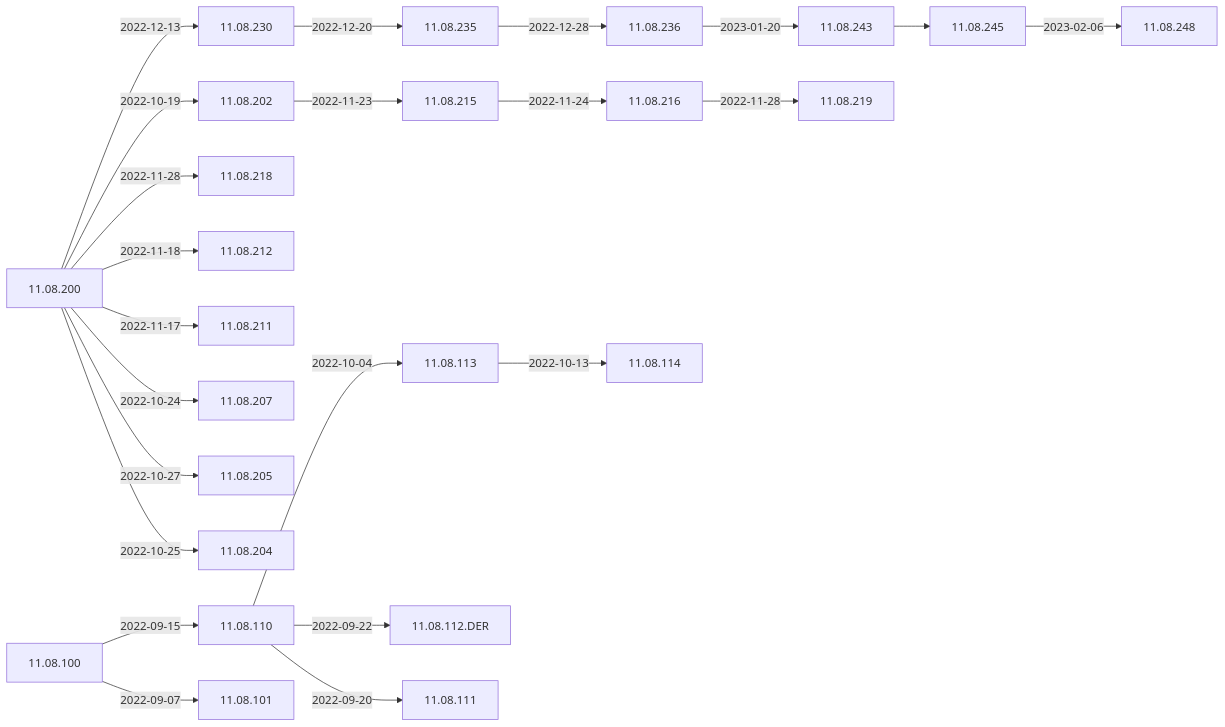
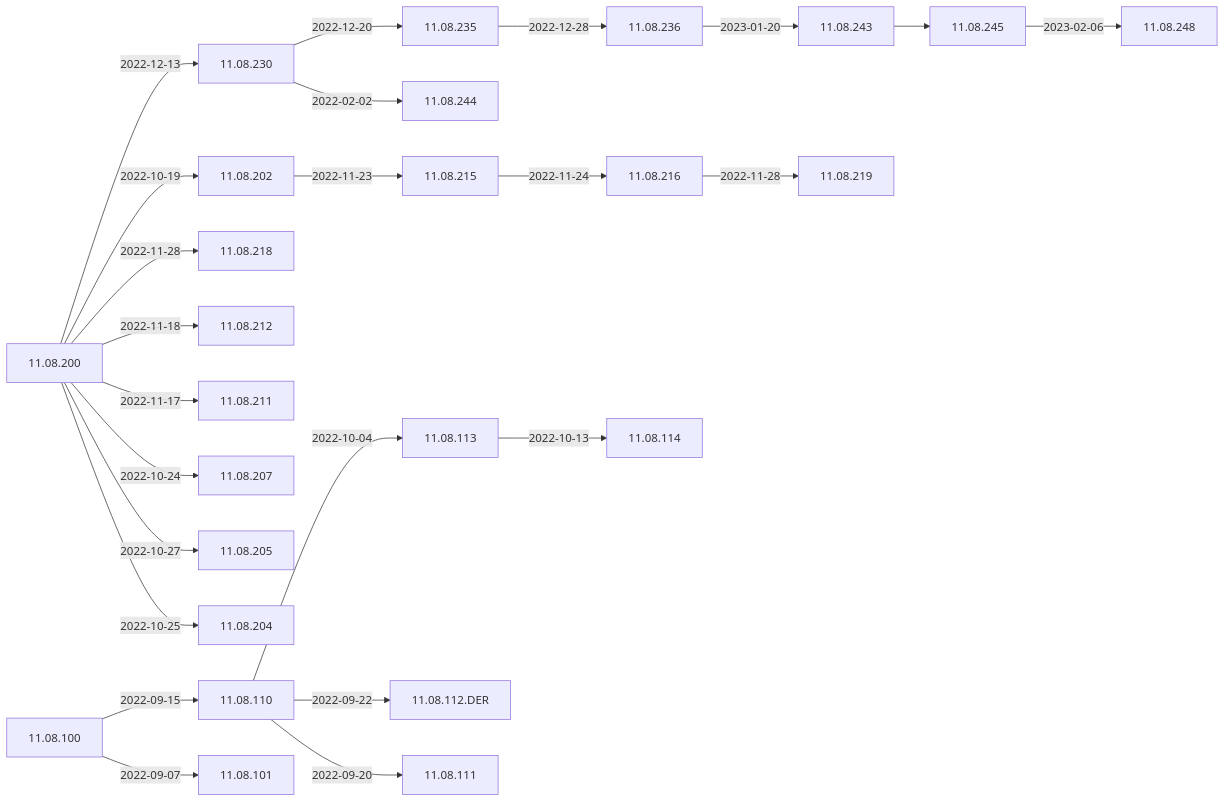
The first of 3 diagrams in Docs/ReleaseNotes/01-OS11/README.md (woydziak/IGEL-Docs), drawn with Mermaid before and after one commit.

````diff
--- a/Docs/ReleaseNotes/01-OS11/README.md
+++ b/Docs/ReleaseNotes/01-OS11/README.md
@@ -9,31 +9,33 @@
 ```mermaid
 flowchart LR
     11.08.200-- 2022-12-13 -->11.08.230-- 2022-12-20 -->11.08.235-- 2022-12-28 -->11.08.236-- 2023-01-20 -->11.08.243-->11.08.245-- 2023-02-06 -->11.08.248
+    11.08.230-- 2022-02-02 -->11.08.244
     11.08.200-- 2022-10-19 -->11.08.202-- 2022-11-23 -->11.08.215-- 2022-11-24 -->11.08.216-- 2022-11-28 -->11.08.219
     11.08.200-- 2022-11-28 -->11.08.218
     11.08.200-- 2022-11-18 -->11.08.212
     11.08.200-- 2022-11-17 -->11.08.211
     11.08.200-- 2022-10-24 -->11.08.207
     11.08.200-- 2022-10-27 -->11.08.205
     11.08.200-- 2022-10-25 -->11.08.204
     11.08.110-- 2022-10-04 -->11.08.113-- 2022-10-13 -->11.08.114
     11.08.110-- 2022-09-22 -->11.08.112.DER
     11.08.100-- 2022-09-15 -->11.08.110-- 2022-09-20 -->11.08.111
     11.08.100-- 2022-09-07 -->11.08.101
     click 11.08.248 "https://github.com/IGEL-Community/IGEL-Docs/blob/main/Docs/ReleaseNotes/01-OS11/readme11.08.248.txt" "Open this in a new tab"
+    click 11.08.244 "https://github.com/IGEL-Community/IGEL-Docs/blob/main/Docs/ReleaseNotes/01-OS11/readme11.08.244.txt" "Open this in a new tab"
     click 11.08.243 "https://github.com/IGEL-Community/IGEL-Docs/blob/main/Docs/ReleaseNotes/01-OS11/readme11.08.243.txt" "Open this in a new tab"
     click 11.08.236 "https://github.com/IGEL-Community/IGEL-Docs/blob/main/Docs/ReleaseNotes/01-OS11/readme11.08.236.txt" "Open this in a new tab"
     click 11.08.235 "https://github.com/IGEL-Community/IGEL-Docs/blob/main/Docs/ReleaseNotes/01-OS11/readme11.08.235.txt" "Open this in a new tab"
     click 11.08.230 "https://github.com/IGEL-Community/IGEL-Docs/blob/main/Docs/ReleaseNotes/01-OS11/readme11.08.230.txt" "Open this in a new tab"
     click 11.08.219 "https://github.com/IGEL-Community/IGEL-Docs/blob/main/Docs/ReleaseNotes/01-OS11/readme11.08.219.txt" "Open this in a new tab"
     click 11.08.218 "https://github.com/IGEL-Community/IGEL-Docs/blob/main/Docs/ReleaseNotes/01-OS11/readme11.08.218.txt" "Open this in a new tab"
     click 11.08.216 "https://github.com/IGEL-Community/IGEL-Docs/blob/main/Docs/ReleaseNotes/01-OS11/readme11.08.216.txt" "Open this in a new tab"
     click 11.08.215 "https://github.com/IGEL-Community/IGEL-Docs/blob/main/Docs/ReleaseNotes/01-OS11/readme11.08.215.txt" "Open this in a new tab"
     click 11.08.212 "https://github.com/IGEL-Community/IGEL-Docs/blob/main/Docs/ReleaseNotes/01-OS11/readme11.08.212.txt" "Open this in a new tab"
     click 11.08.211 "https://github.com/IGEL-Community/IGEL-Docs/blob/main/Docs/ReleaseNotes/01-OS11/readme11.08.211.txt" "Open this in a new tab"
     click 11.08.207 "https://github.com/IGEL-Community/IGEL-Docs/blob/main/Docs/ReleaseNotes/01-OS11/readme11.08.207.txt" "Open this in a new tab"
     click 11.08.205 "https://github.com/IGEL-Community/IGEL-Docs/blob/main/Docs/ReleaseNotes/01-OS11/readme11.08.205.txt" "Open this in a new tab"
     click 11.08.204 "https://github.com/IGEL-Community/IGEL-Docs/blob/main/Docs/ReleaseNotes/01-OS11/readme11.08.204.txt" "Open this in a new tab"
     click 11.08.202 "https://github.com/IGEL-Community/IGEL-Docs/blob/main/Docs/ReleaseNotes/01-OS11/readme11.08.202.txt" "Open this in a new tab"
     click 11.08.200 "https://github.com/IGEL-Community/IGEL-Docs/blob/main/Docs/ReleaseNotes/01-OS11/readme11.08.200.txt" "Open this in a new tab"
 ```
````
